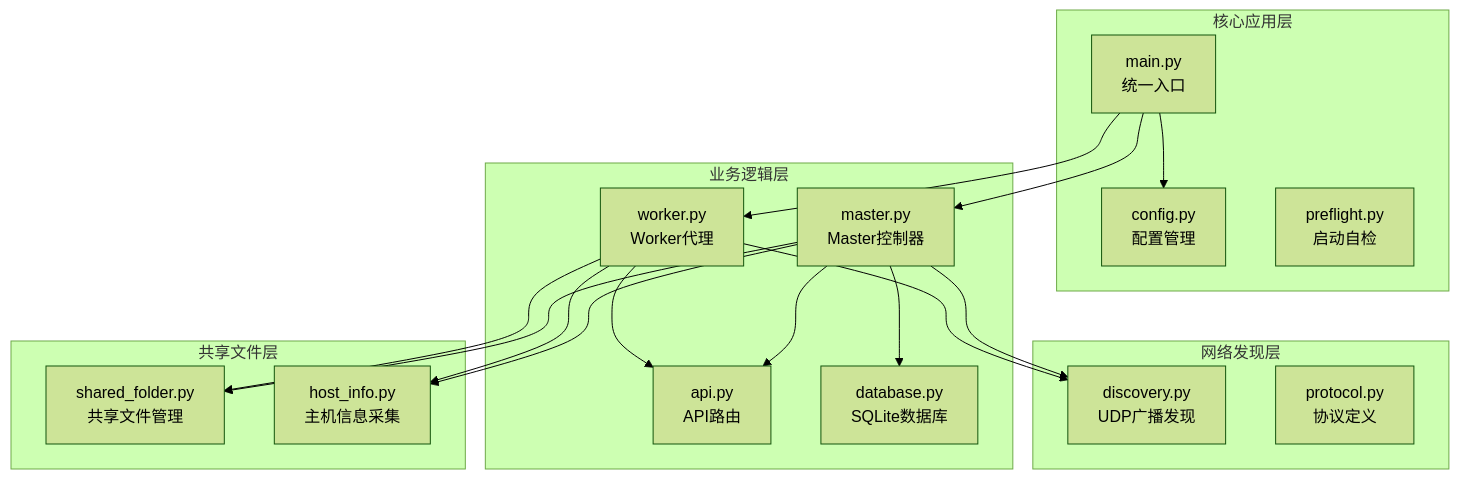
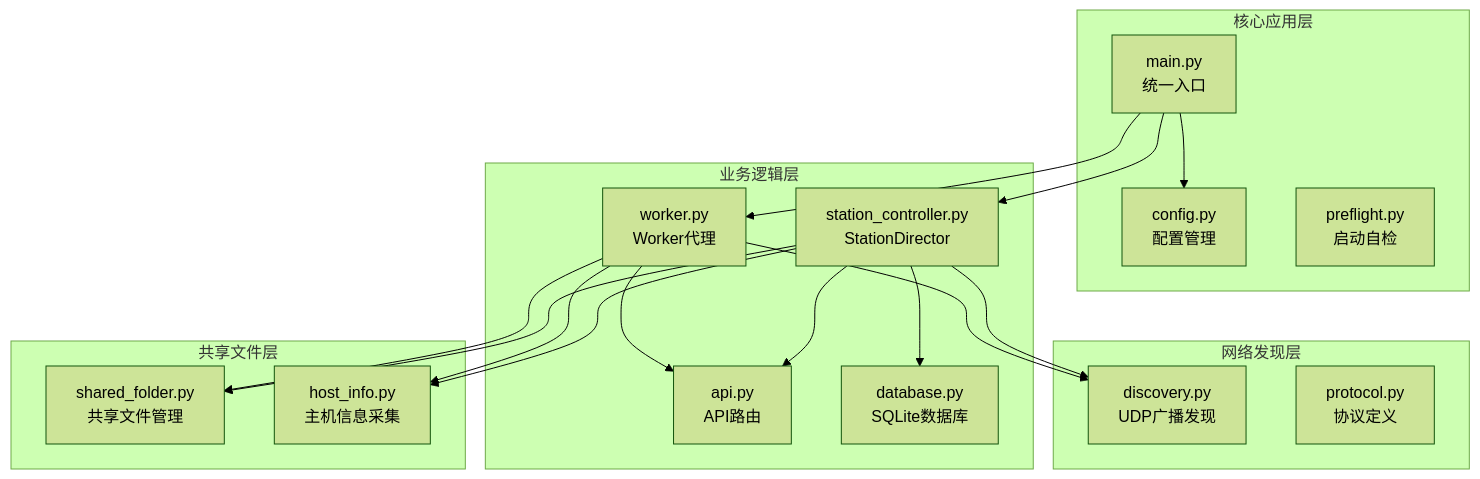
The first of 6 diagrams in .qoder/repowiki/zh/content/部署指南/生产环境部署.md (targalian/Personal-distributed-workstation), drawn with Mermaid (forest theme) before and after one commit. The commit also changed other lines of this file and 63 other files, not shown here.

Commit message:
docs(station): 同步 repo wiki 至 station_controller/station_api 架构

````diff
--- a/.qoder/repowiki/zh/content/部署指南/生产环境部署.md
+++ b/.qoder/repowiki/zh/content/部署指南/生产环境部署.md
@@ -37,34 +37,34 @@
 ```mermaid
 graph TB
 subgraph "核心应用层"
 Main[main.py<br/>统一入口]
 Config[config.py<br/>配置管理]
 Preflight[preflight.py<br/>启动自检]
 end
 subgraph "网络发现层"
 Discovery[discovery.py<br/>UDP广播发现]
 Protocol[protocol.py<br/>协议定义]
 end
 subgraph "业务逻辑层"
-Master[master.py<br/>Master控制器]
+Master[station_controller.py<br/>StationDirector]
 Worker[worker.py<br/>Worker代理]
 API[api.py<br/>API路由]
 Database[database.py<br/>SQLite数据库]
 end
 subgraph "共享文件层"
 SharedFolder[shared_folder.py<br/>共享文件管理]
 HostInfo[host_info.py<br/>主机信息采集]
 end
 Main --> Config
 Main --> Master
 Main --> Worker
 Master --> Discovery
 Worker --> Discovery
 Master --> API
 Worker --> API
 Master --> Database
 Master --> SharedFolder
 Worker --> SharedFolder
 Master --> HostInfo
 Worker --> HostInfo
 ```
````
